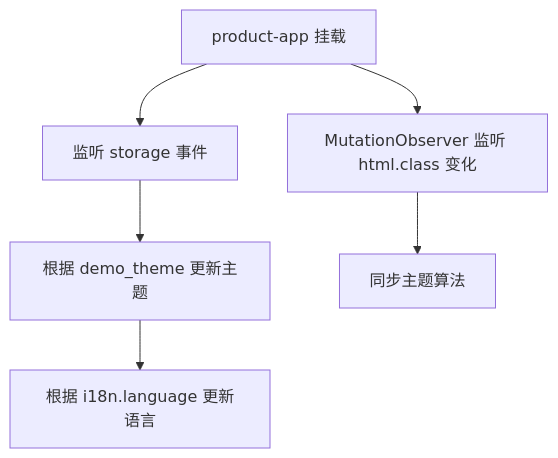
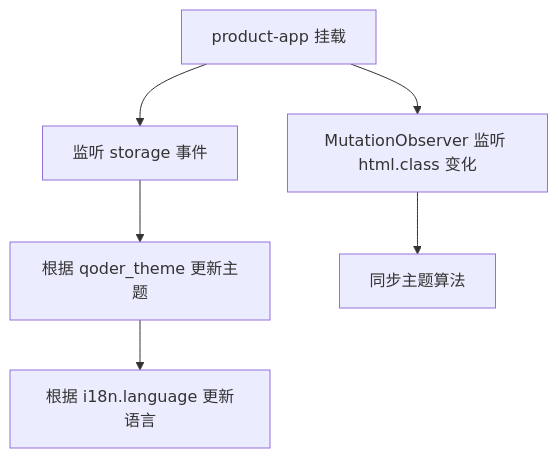
One commit to haohailiang/qoder-fullstack changed the seventh of 8 diagrams in .qoder/repowiki/zh/content/前端架构设计/微前端框架集成.md. Above: the diagram before and after it, drawn with Mermaid. The commit also changed 45 other files, not shown here.

````diff
--- a/.qoder/repowiki/zh/content/前端架构设计/微前端框架集成.md
+++ b/.qoder/repowiki/zh/content/前端架构设计/微前端框架集成.md
@@ -242,8 +242,8 @@
 ```mermaid
 flowchart TD
 Mount["product-app 挂载"] --> ListenStorage["监听 storage 事件"]
-ListenStorage --> UpdateTheme["根据 demo_theme 更新主题"]
+ListenStorage --> UpdateTheme["根据 qoder_theme 更新主题"]
 UpdateTheme --> UpdateLang["根据 i18n.language 更新语言"]
 Mount --> ObserveDOM["MutationObserver 监听 html.class 变化"]
 ObserveDOM --> SyncTheme["同步主题算法"]
 ```
````
